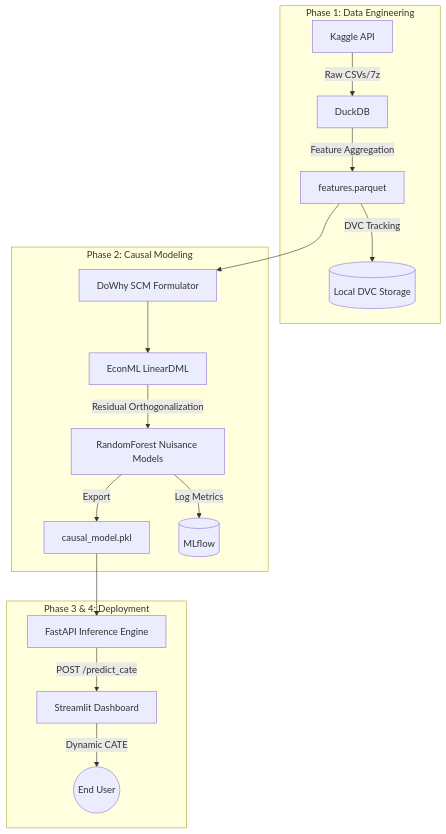
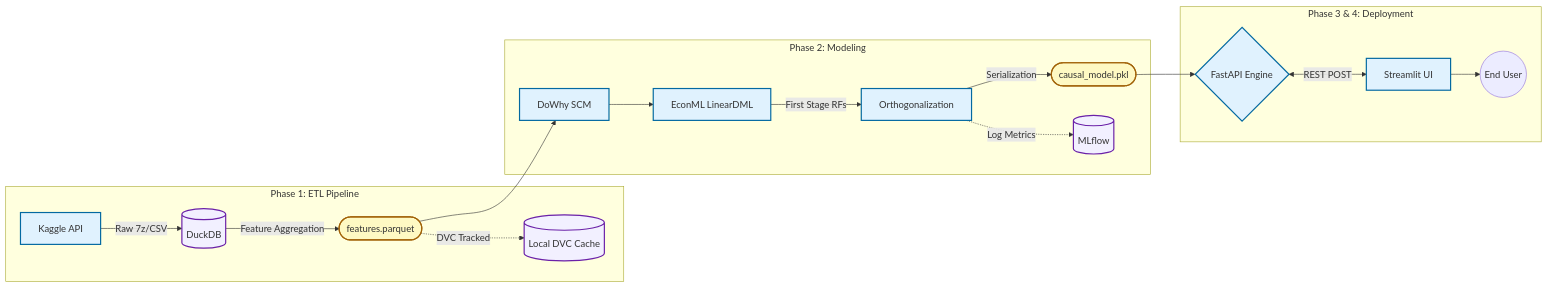
The diagram in README.md (PundarikakshNTripathi/Causal-DML), drawn with Mermaid before and after one commit. The commit also changed other lines of this file and 3 other files, not shown here.

Commit message:
docs: revamp documentation architecture and metrics integration

````diff
--- a/README.md
+++ b/README.md
@@ -65,22 +72,34 @@
 ```mermaid
-graph TD
-    subgraph Data Pipeline [Phase 1: Data Engineering]
-        K[Kaggle API] -->|Raw CSVs/7z| D[DuckDB]
-        D -->|Feature Aggregation| P[features.parquet]
-        P -->|DVC Tracking| S3[(Local DVC Storage)]
+flowchart LR
+    %% Data Pipeline
+    subgraph Data_Engineering [Phase 1: ETL Pipeline]
+        K[Kaggle API] -->|Raw 7z/CSV| D[(DuckDB)]
+        D -->|Feature Aggregation| P([features.parquet])
+        P -.->|DVC Tracked| S3[(Local DVC Cache)]
     end
 
-    subgraph Modeling [Phase 2: Causal Modeling]
-        P --> CM[DoWhy SCM Formulator]
+    %% Causal Modeling
+    subgraph Causal_Modeling [Phase 2: Modeling]
+        P --> CM[DoWhy SCM]
         CM --> Econ[EconML LinearDML]
-        Econ -->|Residual Orthogonalization| RF[RandomForest Nuisance Models]
-        RF -->|Export| PKL[causal_model.pkl]
-        RF -->|Log Metrics| MLF[(MLflow)]
+        Econ -->|First Stage RFs| Ortho[Orthogonalization]
+        Ortho -->|Serialization| PKL([causal_model.pkl])
+        Ortho -.->|Log Metrics| MLF[(MLflow)]
     end
 
+    %% Deployment
     subgraph Microservices [Phase 3 & 4: Deployment]
-        PKL --> API[FastAPI Inference Engine]
-        API -->|POST /predict_cate| UI[Streamlit Dashboard]
-        UI -->|Dynamic CATE| User((End User))
+        PKL --> API{FastAPI Engine}
+        API <-->|REST POST| UI[Streamlit UI]
+        UI --> User((End User))
     end
+
+    %% Styling
+    classDef database fill:#f2f0ff,stroke:#6b21a8,stroke-width:2px;
+    classDef process fill:#e0f2fe,stroke:#0369a1,stroke-width:2px;
+    classDef artifact fill:#fef9c3,stroke:#a16207,stroke-width:2px;
+    
+    class D,S3,MLF database;
+    class K,CM,Econ,Ortho,API,UI process;
+    class P,PKL artifact;
 ```
````
